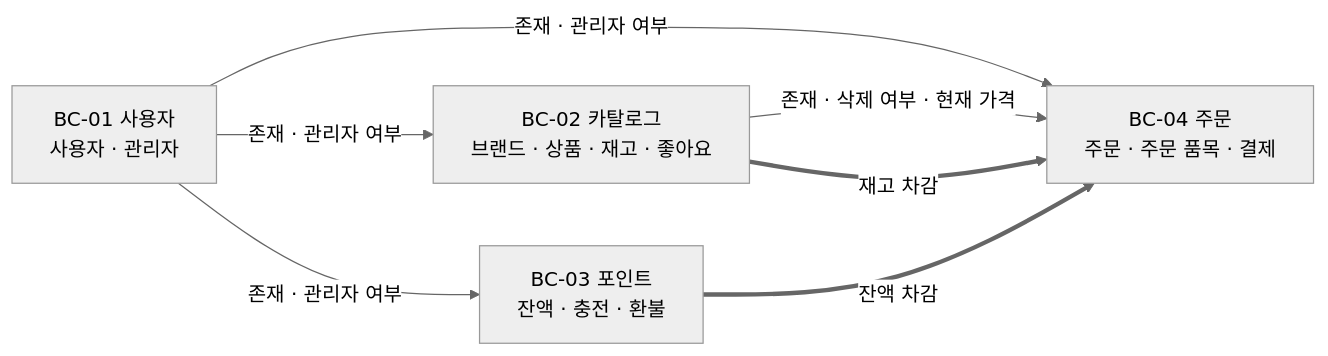
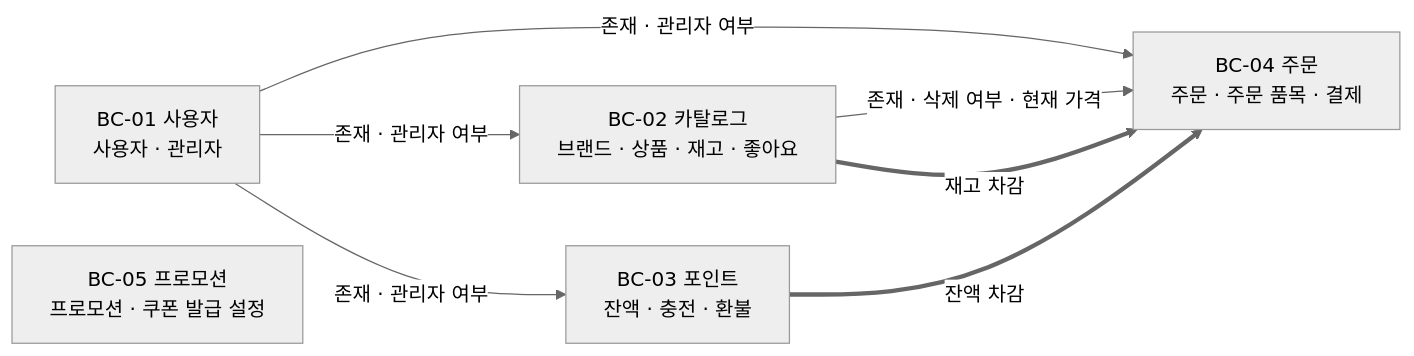
Before and after one commit to loopers-labs/loop-pack-be-l2-vol5-java: the first of 2 diagrams in docs/week2/design.md, drawn with Mermaid (neutral theme). The commit also changed other lines of this file and 2 other files, not shown here.

````diff
--- a/docs/week2/design.md
+++ b/docs/week2/design.md
@@ -18,14 +18,15 @@
 ```mermaid
 flowchart LR
     U["BC-01 사용자<br/>사용자 · 관리자"]
     C["BC-02 카탈로그<br/>브랜드 · 상품 · 재고 · 좋아요"]
     P["BC-03 포인트<br/>잔액 · 충전 · 환불"]
     O["BC-04 주문<br/>주문 · 주문 품목 · 결제"]
+    PR["BC-05 프로모션<br/>프로모션 · 쿠폰 발급 설정"]
 
     U -->|존재 · 관리자 여부| C
     U -->|존재 · 관리자 여부| P
     U -->|존재 · 관리자 여부| O
     C -->|존재 · 삭제 여부 · 현재 가격| O
     C ==>|재고 차감| O
     P ==>|잔액 차감| O
 ```
````
